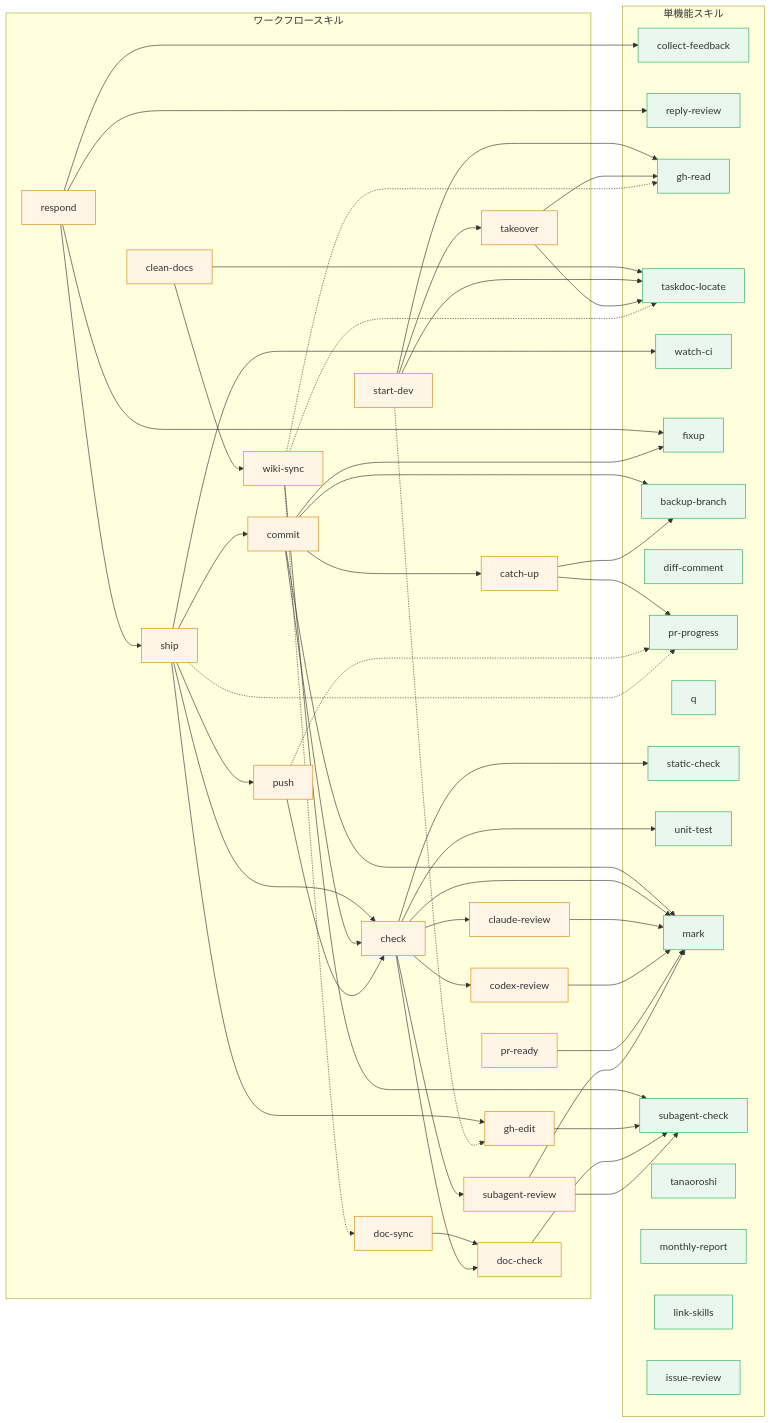
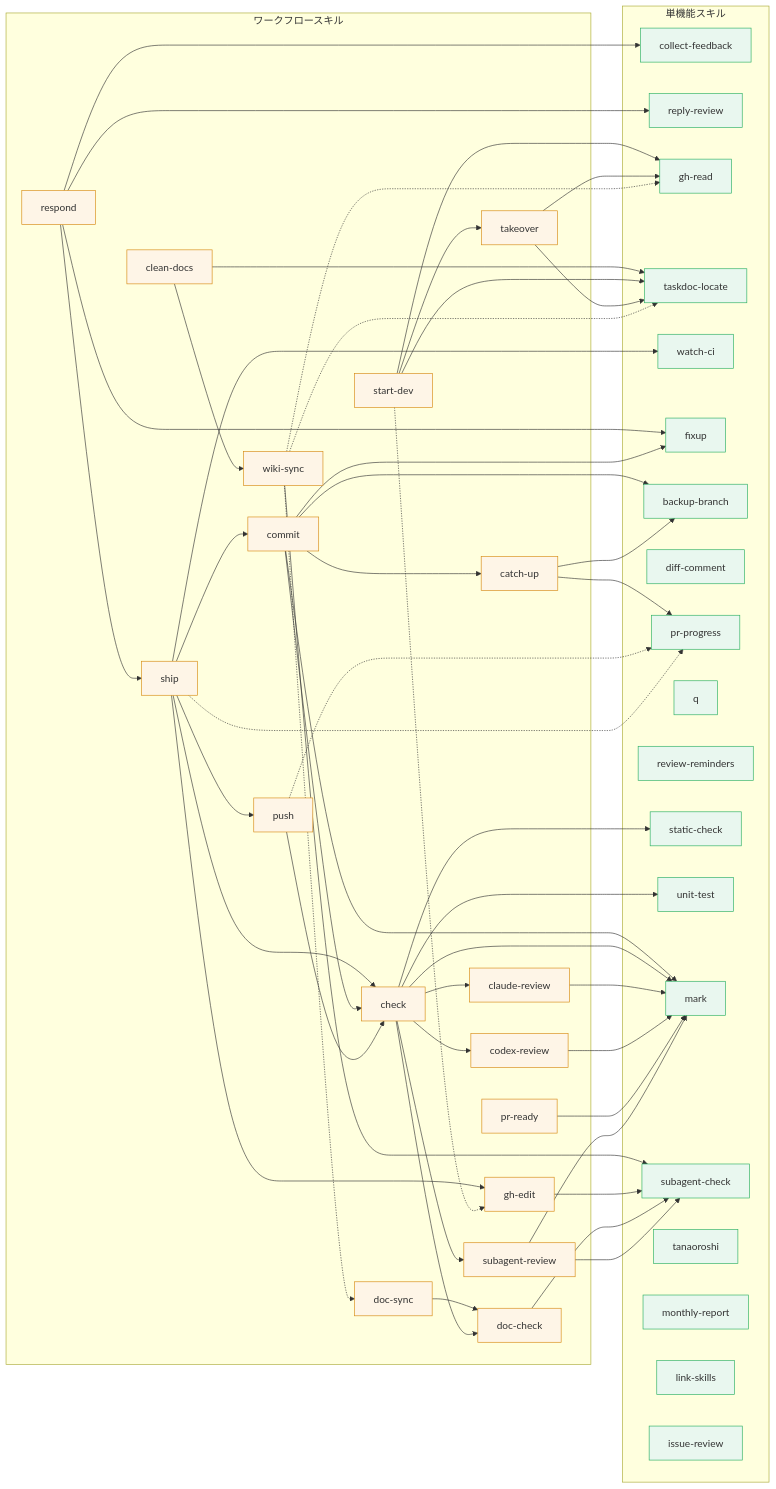
Before and after one commit to mistbind3u88/bonsai: the second of 2 diagrams in README.md, drawn with Mermaid. The commit also changed other lines of this file and 4 other files, not shown here.

Commit message:
docs: review-reminders skill を追加する

```diff
--- a/README.md
+++ b/README.md
@@ -132,6 +133,7 @@
         diff-comment:::single
         pr-progress:::single
         q:::single
+        review-reminders:::single
         static-check:::single
         unit-test:::single
         mark:::single
```
